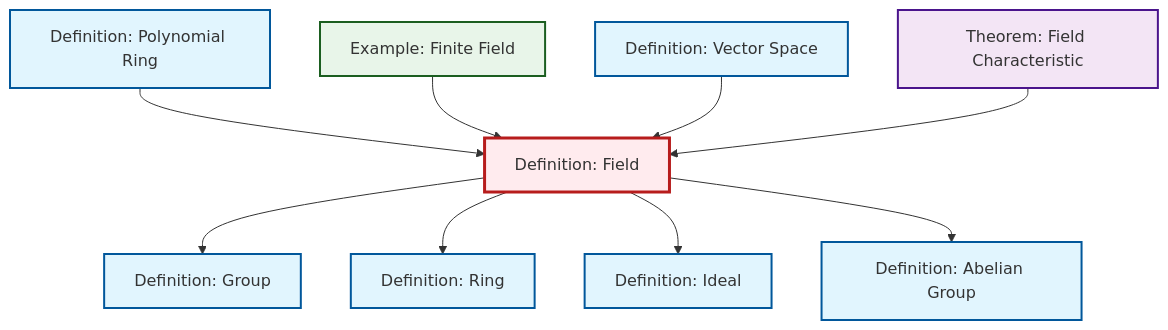
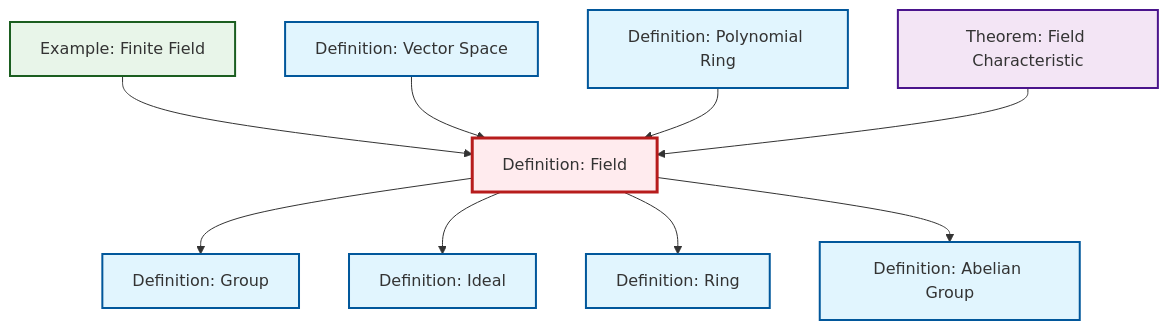
Before and after one commit to RK0429/ModernMath: the diagram in content/en/algebra/def-field.qmd, drawn with Mermaid. The commit also changed other lines of this file and 615 other files, not shown here.

````diff
--- a/content/en/algebra/def-field.qmd
+++ b/content/en/algebra/def-field.qmd
@@ -54,35 +54,35 @@
 ```{mermaid}
 %%| fig-cap: "Local dependency graph"
 graph TD
     classDef definition fill:#e1f5fe,stroke:#01579b,stroke-width:2px
     classDef theorem fill:#f3e5f5,stroke:#4a148c,stroke-width:2px
     classDef axiom fill:#fff3e0,stroke:#e65100,stroke-width:2px
     classDef example fill:#e8f5e9,stroke:#1b5e20,stroke-width:2px
     classDef current fill:#ffebee,stroke:#b71c1c,stroke-width:3px
+    thm-field-characteristic["Theorem: Field Characteristic"]:::theorem
+    def-polynomial-ring["Definition: Polynomial Ring"]:::definition
+    def-group["Definition: Group"]:::definition
     def-ideal["Definition: Ideal"]:::definition
+    def-abelian-group["Definition: Abelian Group"]:::definition
     def-field["Definition: Field"]:::definition
-    def-abelian-group["Definition: Abelian Group"]:::definition
-    def-polynomial-ring["Definition: Polynomial Ring"]:::definition
     def-ring["Definition: Ring"]:::definition
     def-vector-space["Definition: Vector Space"]:::definition
     ex-finite-field["Example: Finite Field"]:::example
-    def-group["Definition: Group"]:::definition
-    thm-field-characteristic["Theorem: Field Characteristic"]:::theorem
     def-field --> def-group
+    def-field --> def-ideal
     def-field --> def-ring
-    def-field --> def-ideal
+    ex-finite-field --> def-field
+    def-vector-space --> def-field
     def-field --> def-abelian-group
     def-polynomial-ring --> def-field
-    ex-finite-field --> def-field
-    def-vector-space --> def-field
     thm-field-characteristic --> def-field
     class def-field current
+    click thm-field-characteristic "thm-field-characteristic.html" "Go to Field Characteristic theorem"
+    click def-polynomial-ring "def-polynomial-ring.html" "Go to Polynomial Ring definition"
+    click def-group "def-group.html" "Go to Group definition"
     click def-ideal "def-ideal.html" "Go to Ideal definition"
     click def-abelian-group "def-abelian-group.html" "Go to Abelian Group definition"
-    click def-polynomial-ring "def-polynomial-ring.html" "Go to Polynomial Ring definition"
     click def-ring "def-ring.html" "Go to Ring definition"
     click def-vector-space "def-vector-space.html" "Go to Vector Space definition"
     click ex-finite-field "ex-finite-field.html" "Go to Finite Field example"
-    click def-group "def-group.html" "Go to Group definition"
-    click thm-field-characteristic "thm-field-characteristic.html" "Go to Field Characteristic theorem"
 ```
````
